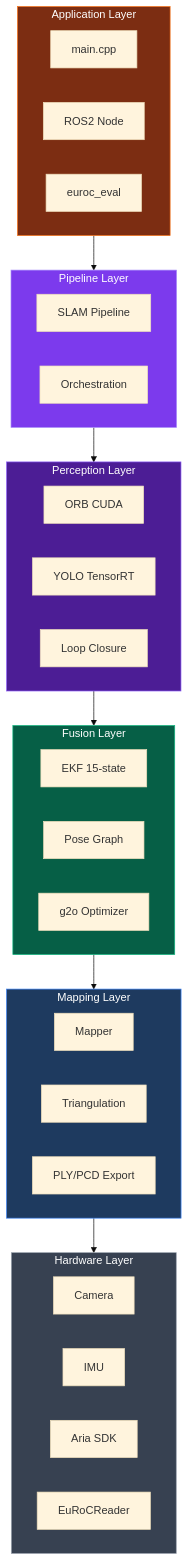
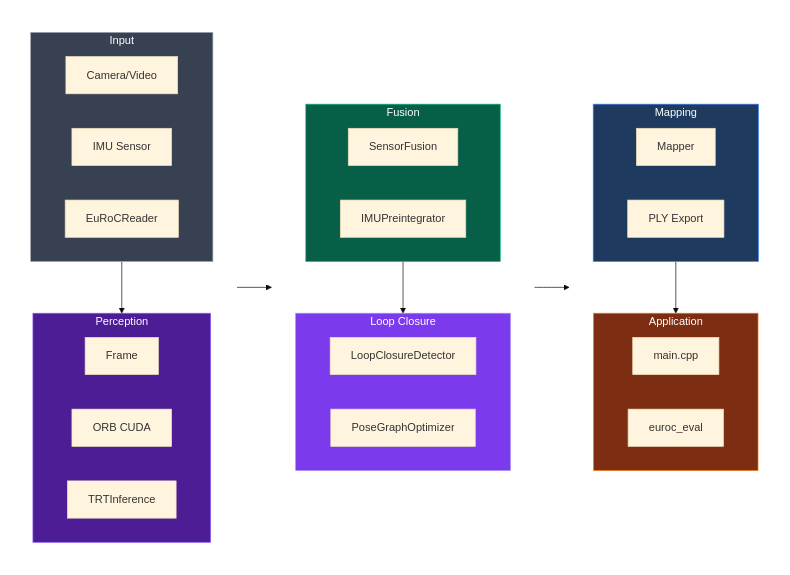
One commit to robertteleng/aria-slam changed the fourth of 11 diagrams in README.md. Above: the diagram before and after it, drawn with Mermaid (base theme). The commit also changed other lines of this file, not shown here.

````diff
--- a/README.md
+++ b/README.md
@@ -217,47 +214,56 @@
 ```mermaid
-flowchart TB
-    subgraph APP[Application Layer]
-        main[main.cpp]
-        ros[ROS2 Node]
-        cli[euroc_eval]
+flowchart LR
+    subgraph L1[" "]
+        direction TB
+        subgraph HW[Input]
+            cam[Camera/Video]
+            imu[IMU Sensor]
+            euroc[EuRoCReader]
+        end
+        subgraph PERCEP[Perception]
+            frame[Frame]
+            orb[ORB CUDA]
+            yolo[TRTInference]
+        end
     end
 
-    subgraph PIPE[Pipeline Layer]
-        slam[SLAM Pipeline]
-        orch[Orchestration]
+    subgraph L2[" "]
+        direction TB
+        subgraph FUSE[Fusion]
+            sf[SensorFusion]
+            preint[IMUPreintegrator]
+        end
+        subgraph LOOP[Loop Closure]
+            lcd[LoopClosureDetector]
+            pgo[PoseGraphOptimizer]
+        end
     end
 
-    subgraph PERCEP[Perception Layer]
-        orb[ORB CUDA]
-        yolo[YOLO TensorRT]
-        lc[Loop Closure]
+    subgraph L3[" "]
+        direction TB
+        subgraph MAP[Mapping]
+            mapper[Mapper]
+            ply[PLY Export]
+        end
+        subgraph APP[Application]
+            main[main.cpp]
+            eval[euroc_eval]
+        end
     end
 
-    subgraph FUSE[Fusion Layer]
-        ekf[EKF 15-state]
-        pg[Pose Graph]
-        g2o[g2o Optimizer]
-    end
+    HW --> PERCEP
+    PERCEP --> FUSE
+    FUSE --> LOOP
+    LOOP --> MAP
+    MAP --> APP
 
-    subgraph MAP[Mapping Layer]
-        mapper[Mapper]
-        tri[Triangulation]
-        exp[PLY/PCD Export]
-    end
-
-    subgraph HW[Hardware Layer]
-        cam[Camera]
-        imu[IMU]
-        aria[Aria SDK]
-        euroc[EuRoCReader]
-    end
-
-    APP --> PIPE --> PERCEP --> FUSE --> MAP --> HW
-
-    style APP fill:#7c2d12,stroke:#f97316,color:#fff
-    style PIPE fill:#7c3aed,stroke:#a78bfa,color:#fff
+    style HW fill:#374151,stroke:#9ca3af,color:#fff
     style PERCEP fill:#4c1d95,stroke:#8b5cf6,color:#fff
     style FUSE fill:#065f46,stroke:#10b981,color:#fff
+    style LOOP fill:#7c3aed,stroke:#a78bfa,color:#fff
     style MAP fill:#1e3a5f,stroke:#3b82f6,color:#fff
-    style HW fill:#374151,stroke:#9ca3af,color:#fff
+    style APP fill:#7c2d12,stroke:#f97316,color:#fff
+    style L1 fill:none,stroke:none
+    style L2 fill:none,stroke:none
+    style L3 fill:none,stroke:none
 ```
````
